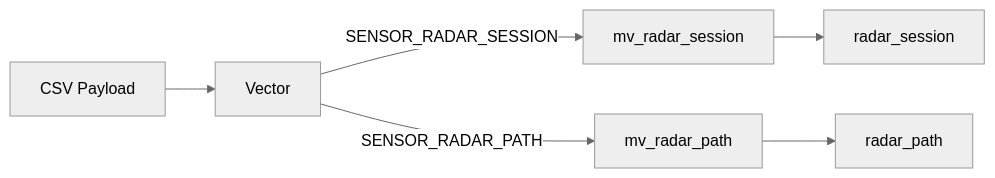
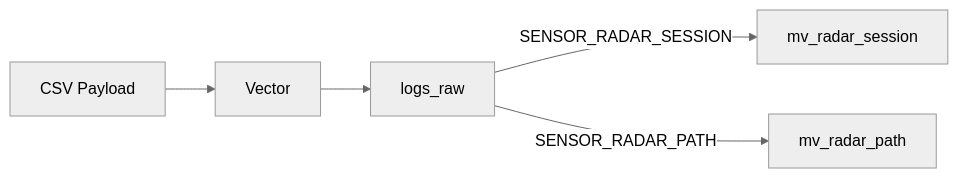
Before and after one commit to Tis1201/data_fs04: the diagram in docs/architecture/logs/LOGS_RADAR.md, drawn with Mermaid (neutral theme). The commit also changed other lines of this file and 2 other files, not shown here.

Commit message:
feat: introduce ClickHouse materialized views for radar session and path logs, adding e2e verification tests and updating documentation.

````diff
--- a/docs/architecture/logs/LOGS_RADAR.md
+++ b/docs/architecture/logs/LOGS_RADAR.md
@@ -92,8 +92,7 @@
 ```mermaid
 flowchart LR
     CSV[CSV Payload] --> Vector
-    Vector -->|SENSOR_RADAR_SESSION| MV1[mv_radar_session]
-    Vector -->|SENSOR_RADAR_PATH| MV2[mv_radar_path]
-    MV1 --> T1[radar_session]
-    MV2 --> T2[radar_path]
+    Vector --> logs_raw
+    logs_raw -->|SENSOR_RADAR_SESSION| mv_radar_session
+    logs_raw -->|SENSOR_RADAR_PATH| mv_radar_path
 ```
````
